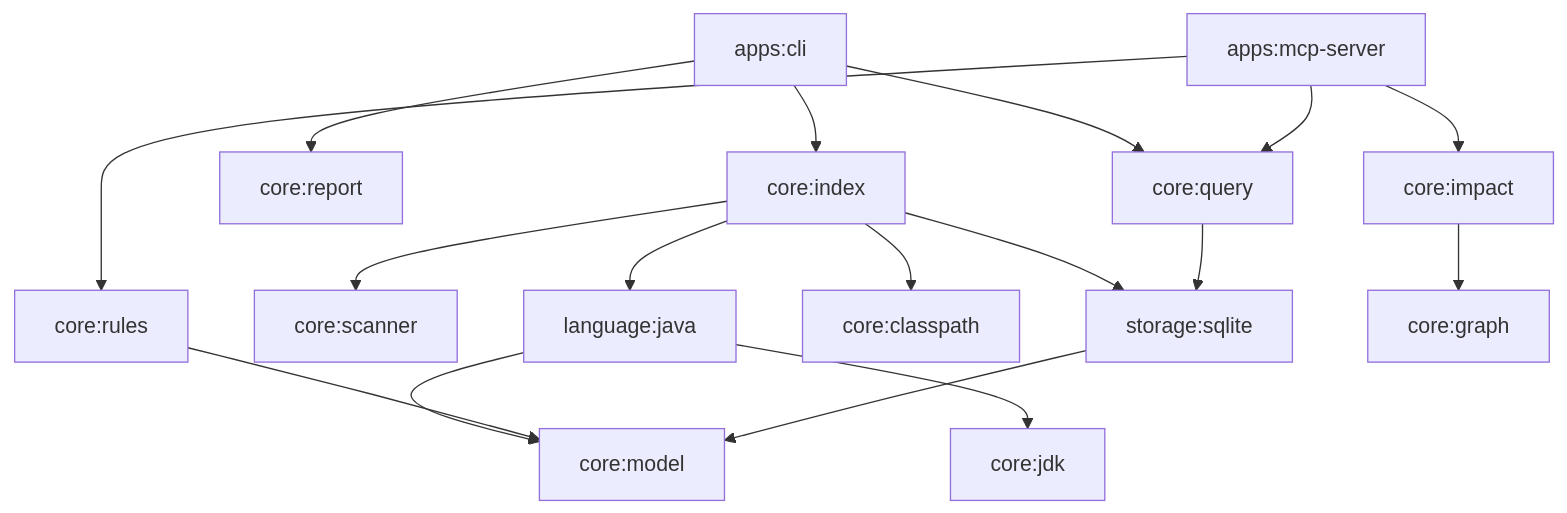
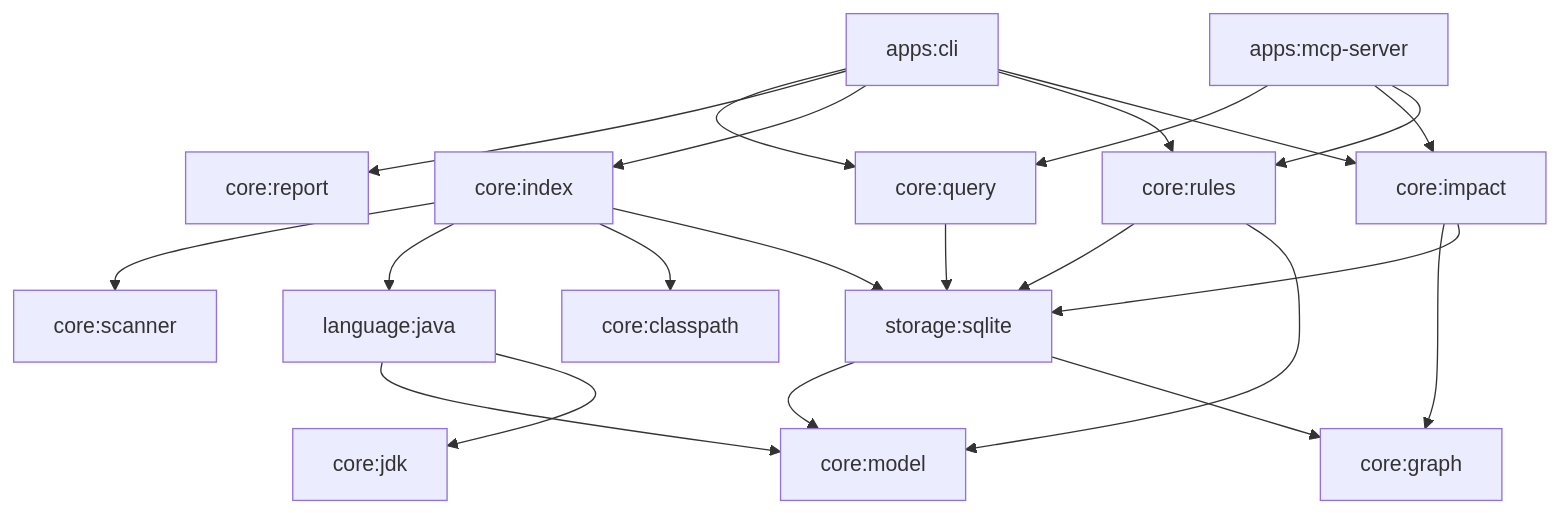
One commit to daryllrebeiro/repo-mind changed the first of 2 diagrams in REVIEW_AND_ROADMAP.md. Above: the diagram before and after it, drawn with Mermaid. The commit also changed other lines of this file, not shown here.

Commit message:
docs: comprehensive architectural review and strategic roadmap post-phase 3

````diff
--- a/REVIEW_AND_ROADMAP.md
+++ b/REVIEW_AND_ROADMAP.md
@@ -51,19 +52,24 @@
 ```mermaid
 graph TD
     CLI[apps:cli] --> CoreQuery[core:query]
     CLI --> CoreReport[core:report]
     CLI --> CoreIndex[core:index]
+    CLI --> CoreRules[core:rules]
+    CLI --> CoreImpact[core:impact]
     MCP[apps:mcp-server] --> CoreQuery
-    MCP --> CoreImpact[core:impact]
-    MCP --> CoreRules[core:rules]
+    MCP --> CoreImpact
+    MCP --> CoreRules
     CoreIndex --> CoreScanner[core:scanner]
     CoreIndex --> LanguageJava[language:java]
     CoreIndex --> CoreClasspath[core:classpath]
     CoreIndex --> StorageSqlite[storage:sqlite]
     LanguageJava --> CoreModel[core:model]
     LanguageJava --> CoreJdk[core:jdk]
+    CoreRules --> StorageSqlite
+    CoreRules --> CoreModel
+    CoreImpact --> CoreGraph[core:graph]
+    CoreImpact --> StorageSqlite
+    StorageSqlite --> CoreModel
+    StorageSqlite --> CoreGraph
     CoreQuery --> StorageSqlite
-    CoreImpact --> CoreGraph[core:graph]
-    CoreRules --> CoreModel
-    StorageSqlite --> CoreModel
 ```
````
